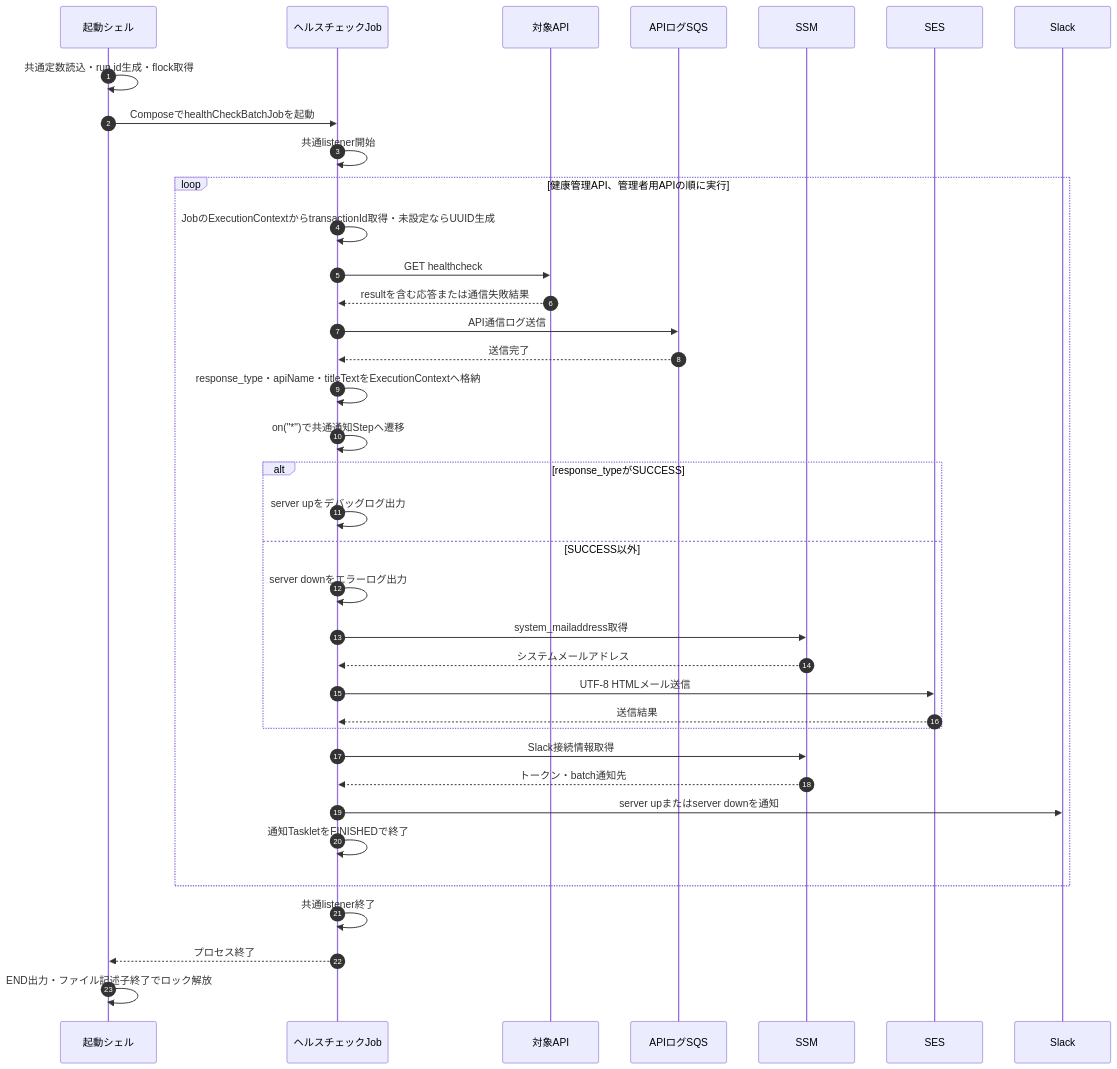
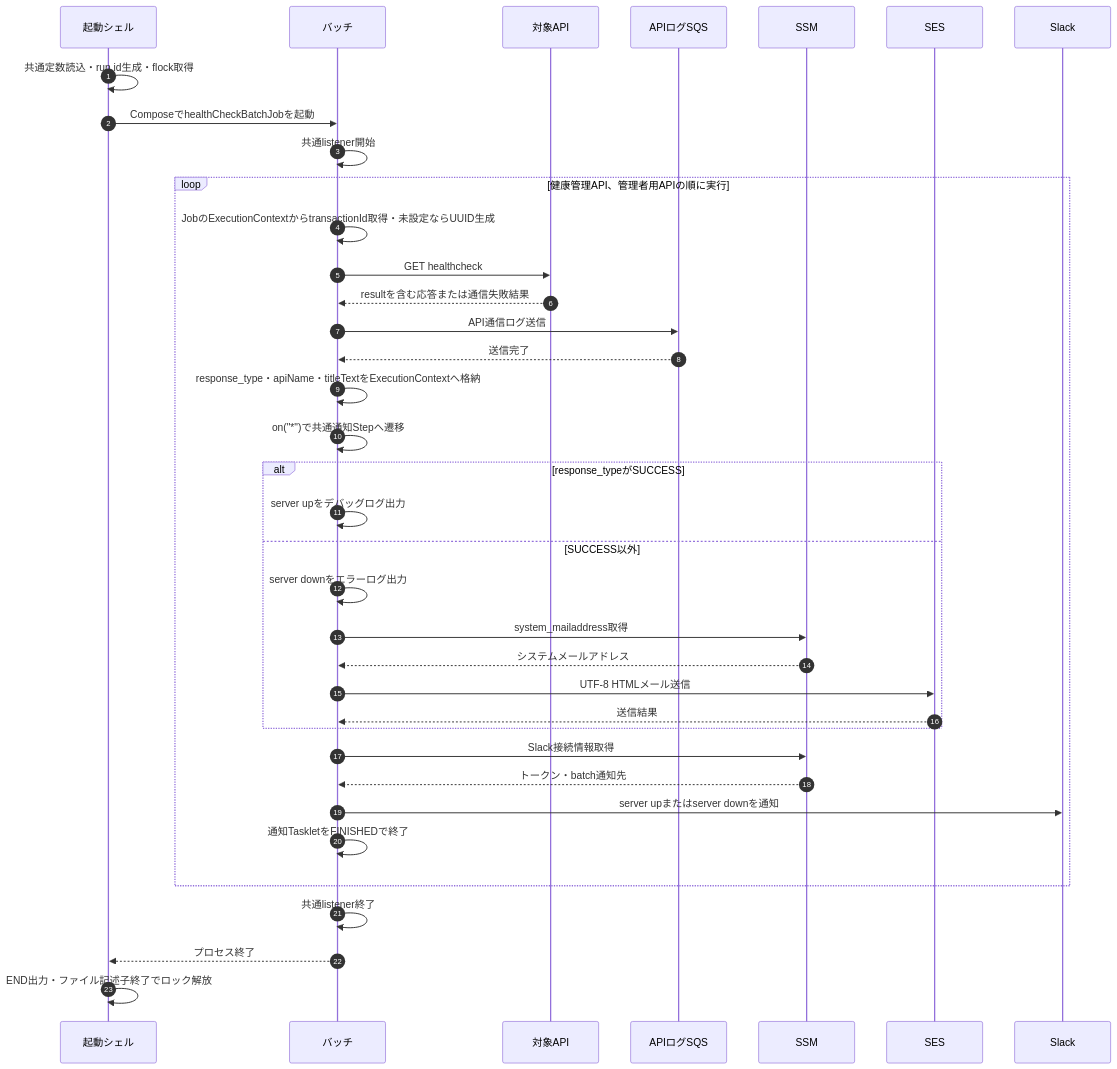
Before and after one commit to kohei-okazaki/work-3g: the second of 2 diagrams in ha-docs/design/03_batch/設計書_3.1.ヘルスチェックバッチ.md, drawn with Mermaid. The commit also changed other lines of this file and 12 other files, not shown here.

````diff
--- a/ha-docs/design/03_batch/設計書_3.1.ヘルスチェックバッチ.md
+++ b/ha-docs/design/03_batch/設計書_3.1.ヘルスチェックバッチ.md
@@ -135,39 +53,39 @@
 ```mermaid
 sequenceDiagram
     autonumber
     participant S as 起動シェル
-    participant B as ヘルスチェックJob
+    participant B as バッチ
     participant A as 対象API
     participant Q as APIログSQS
     participant P as SSM
     participant M as SES
     participant N as Slack
     S->>S: 共通定数読込・run.id生成・flock取得
     S->>B: ComposeでhealthCheckBatchJobを起動
     B->>B: 共通listener開始
     loop 健康管理API、管理者用APIの順に実行
         B->>B: JobのExecutionContextからtransactionId取得・未設定ならUUID生成
         B->>A: GET healthcheck
         A-->>B: resultを含む応答または通信失敗結果
         B->>Q: API通信ログ送信
         Q-->>B: 送信完了
         B->>B: response_type・apiName・titleTextをExecutionContextへ格納
         B->>B: on("*")で共通通知Stepへ遷移
         alt response_typeがSUCCESS
             B->>B: server upをデバッグログ出力
         else SUCCESS以外
             B->>B: server downをエラーログ出力
             B->>P: system_mailaddress取得
             P-->>B: システムメールアドレス
             B->>M: UTF-8 HTMLメール送信
             M-->>B: 送信結果
         end
         B->>P: Slack接続情報取得
         P-->>B: トークン・batch通知先
         B->>N: server upまたはserver downを通知
         B->>B: 通知TaskletをFINISHEDで終了
     end
     B->>B: 共通listener終了
     B-->>S: プロセス終了
     S->>S: END出力・ファイル記述子終了でロック解放
 ```
````
